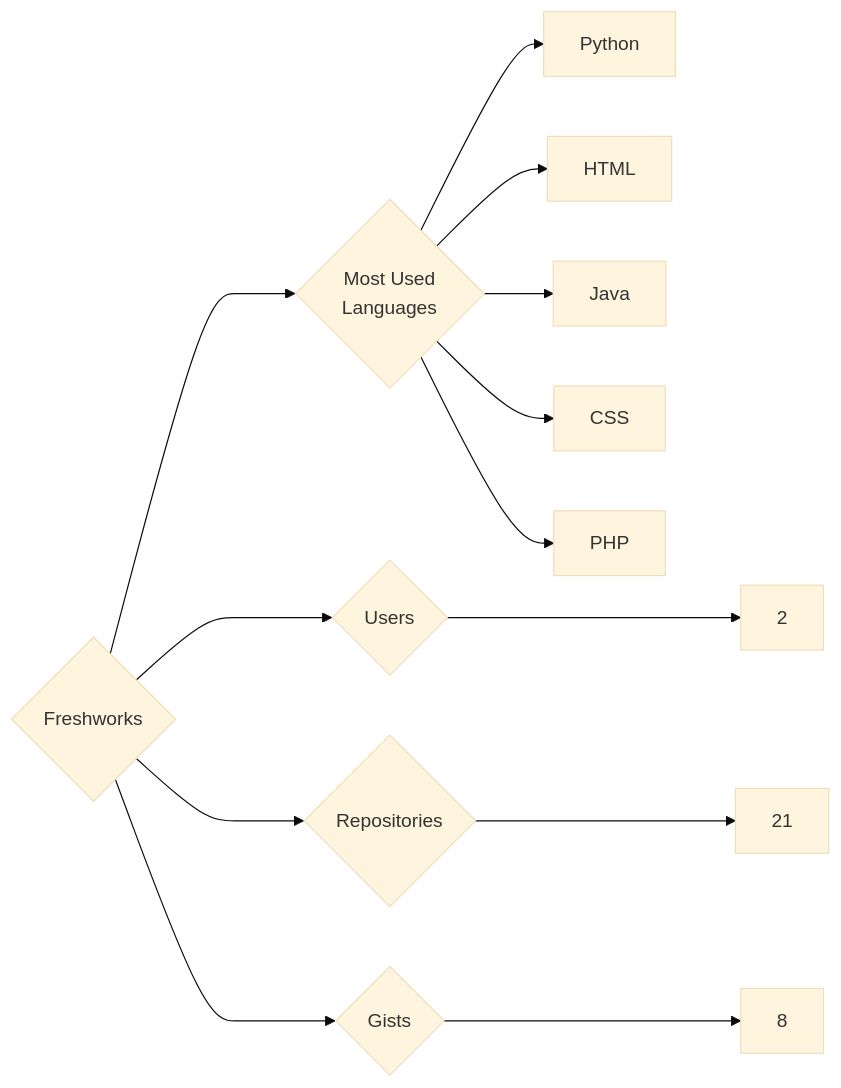
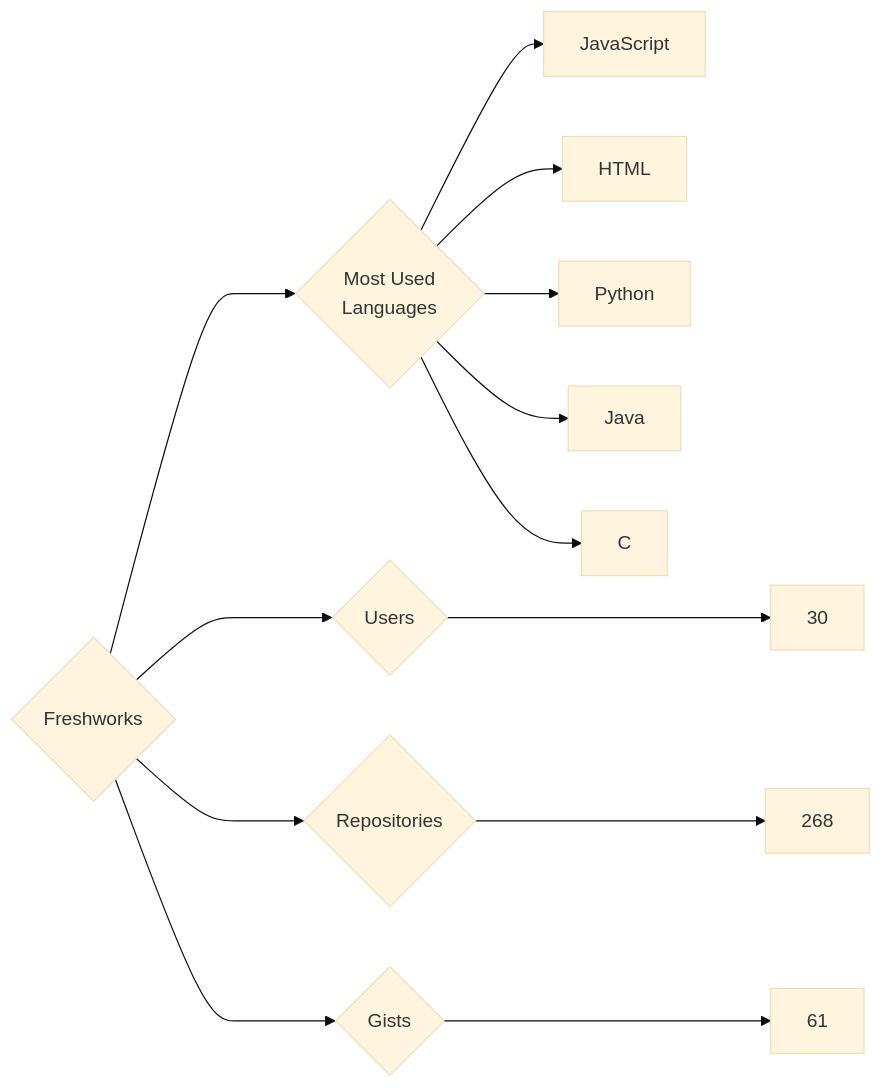
Before and after one commit to trickest/insiders: the diagram in targets/Freshworks/README.md, drawn with Mermaid (base theme). The commit also changed 861 other files, not shown here.

````diff
--- a/targets/Freshworks/README.md
+++ b/targets/Freshworks/README.md
@@ -3,13 +3,13 @@
 ```mermaid
 graph LR
 COMPANY_NAME{Freshworks}
-COMPANY_NAME ---> U{Users} ---> UN[2]
-COMPANY_NAME ---> R{Repositories} ---> RN[21]
-COMPANY_NAME ---> G{Gists} ---> GN[8]
+COMPANY_NAME ---> U{Users} ---> UN[30]
+COMPANY_NAME ---> R{Repositories} ---> RN[268]
+COMPANY_NAME ---> G{Gists} ---> GN[61]
 COMPANY_NAME ---> ML{Most Used<br>Languages}
+ML --> JavaScript[JavaScript]
+ML --> HTML[HTML]
 ML --> Python[Python]
-ML --> HTML[HTML]
 ML --> Java[Java]
-ML --> CSS[CSS]
-ML --> PHP[PHP]
+ML --> C[C]
 ```
````
